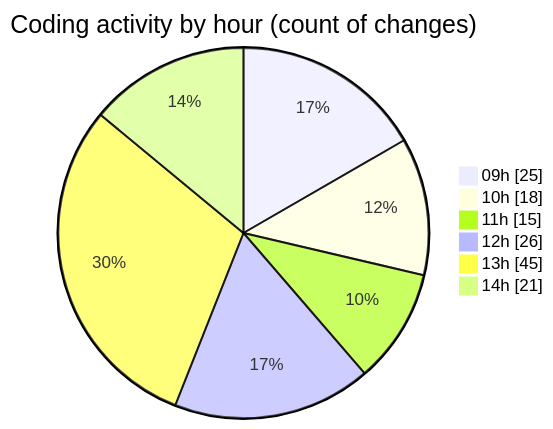
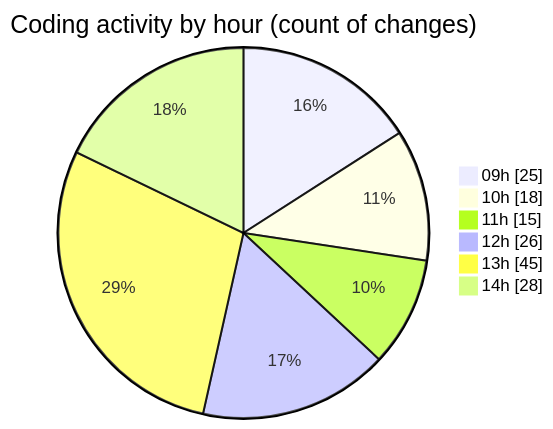
Before and after one commit to momahboobian/code-tracking: the second of 2 diagrams in 2025-03-13/cda/README.md, drawn with Mermaid. The commit also changed other lines of this file and 1 other file, not shown here.

````diff
--- a/2025-03-13/cda/README.md
+++ b/2025-03-13/cda/README.md
@@ -42,10 +42,10 @@
 ```mermaid
 pie showData
 title Coding activity by hour (count of changes)
 "09h" : 25
 "10h" : 18
 "11h" : 15
 "12h" : 26
 "13h" : 45
-"14h" : 21
+"14h" : 28
 ```
````
